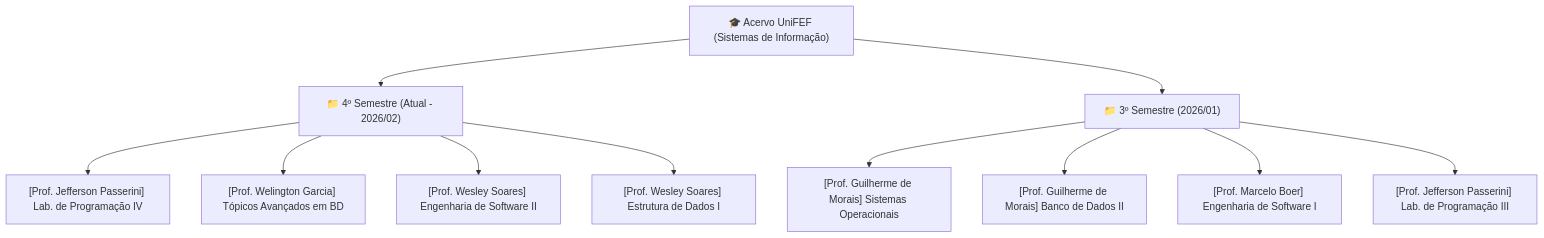
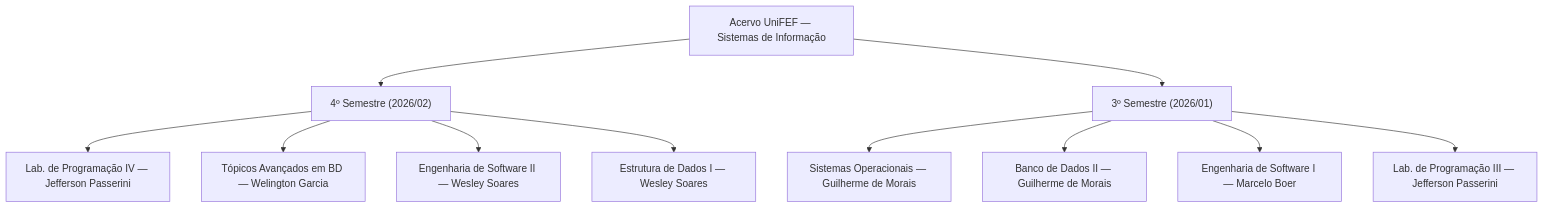
The first of 2 diagrams in README.md (murilolol/unifef), drawn with Mermaid before and after one commit. The commit also changed other lines of this file and 16 other files, not shown here.

````diff
--- a/README.md
+++ b/README.md
@@ -39,16 +26,16 @@
 ```mermaid
 graph TD
-    Root["🎓 Acervo UniFEF (Sistemas de Informação)"]
-    Root --> Sem4["📁 4º Semestre (Atual - 2026/02)"]
-    Root --> Sem3["📁 3º Semestre (2026/01)"]
+    Root["Acervo UniFEF — Sistemas de Informação"]
+    Root --> Sem4["4º Semestre (2026/02)"]
+    Root --> Sem3["3º Semestre (2026/01)"]
 
-    Sem4 --> S4_Lab4["[Prof. Jefferson Passerini] Lab. de Programação IV"]
-    Sem4 --> S4_TopBD["[Prof. Welington Garcia] Tópicos Avançados em BD"]
-    Sem4 --> S4_EngSoft2["[Prof. Wesley Soares] Engenharia de Software II"]
-    Sem4 --> S4_ED1["[Prof. Wesley Soares] Estrutura de Dados I"]
+    Sem4 --> S4_Lab4["Lab. de Programação IV — Jefferson Passerini"]
+    Sem4 --> S4_TopBD["Tópicos Avançados em BD — Welington Garcia"]
+    Sem4 --> S4_EngSoft2["Engenharia de Software II — Wesley Soares"]
+    Sem4 --> S4_ED1["Estrutura de Dados I — Wesley Soares"]
 
-    Sem3 --> S3_SO["[Prof. Guilherme de Morais] Sistemas Operacionais"]
-    Sem3 --> S3_BD2["[Prof. Guilherme de Morais] Banco de Dados II"]
-    Sem3 --> S3_EngSoft1["[Prof. Marcelo Boer] Engenharia de Software I"]
-    Sem3 --> S3_Lab3["[Prof. Jefferson Passerini] Lab. de Programação III"]
+    Sem3 --> S3_SO["Sistemas Operacionais — Guilherme de Morais"]
+    Sem3 --> S3_BD2["Banco de Dados II — Guilherme de Morais"]
+    Sem3 --> S3_EngSoft1["Engenharia de Software I — Marcelo Boer"]
+    Sem3 --> S3_Lab3["Lab. de Programação III — Jefferson Passerini"]
 ```
````
